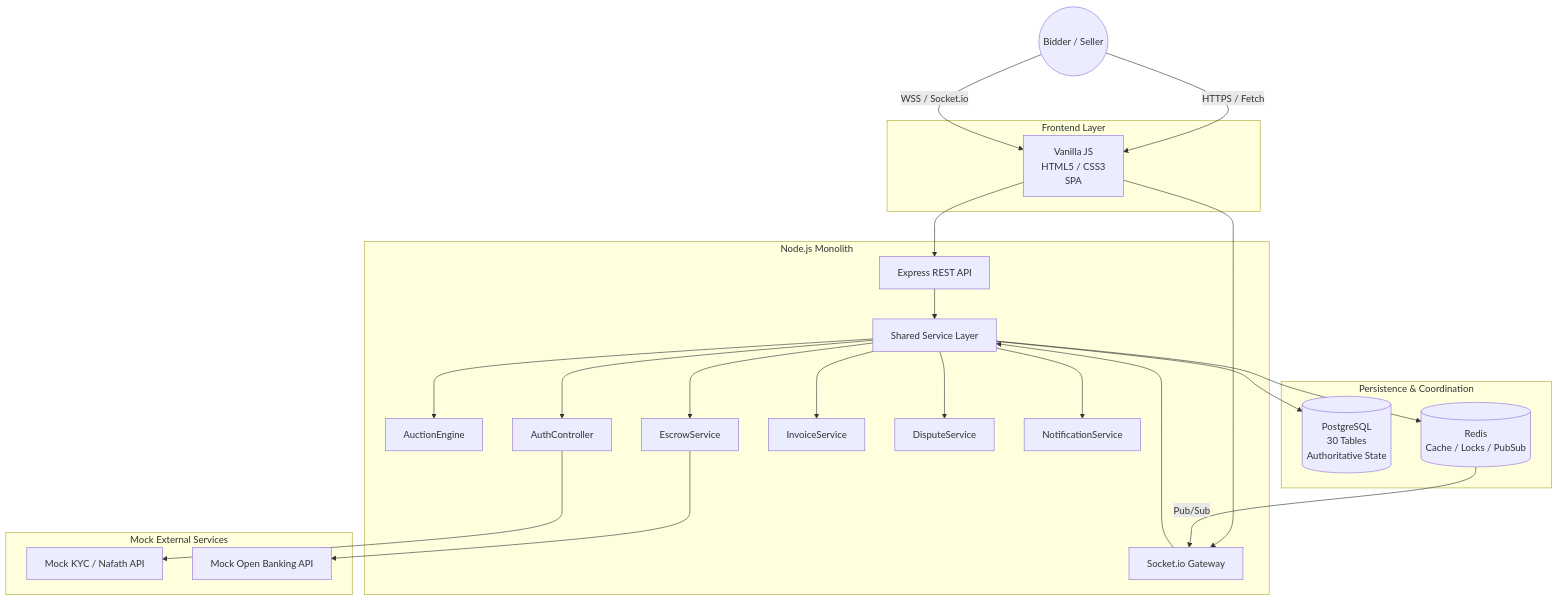
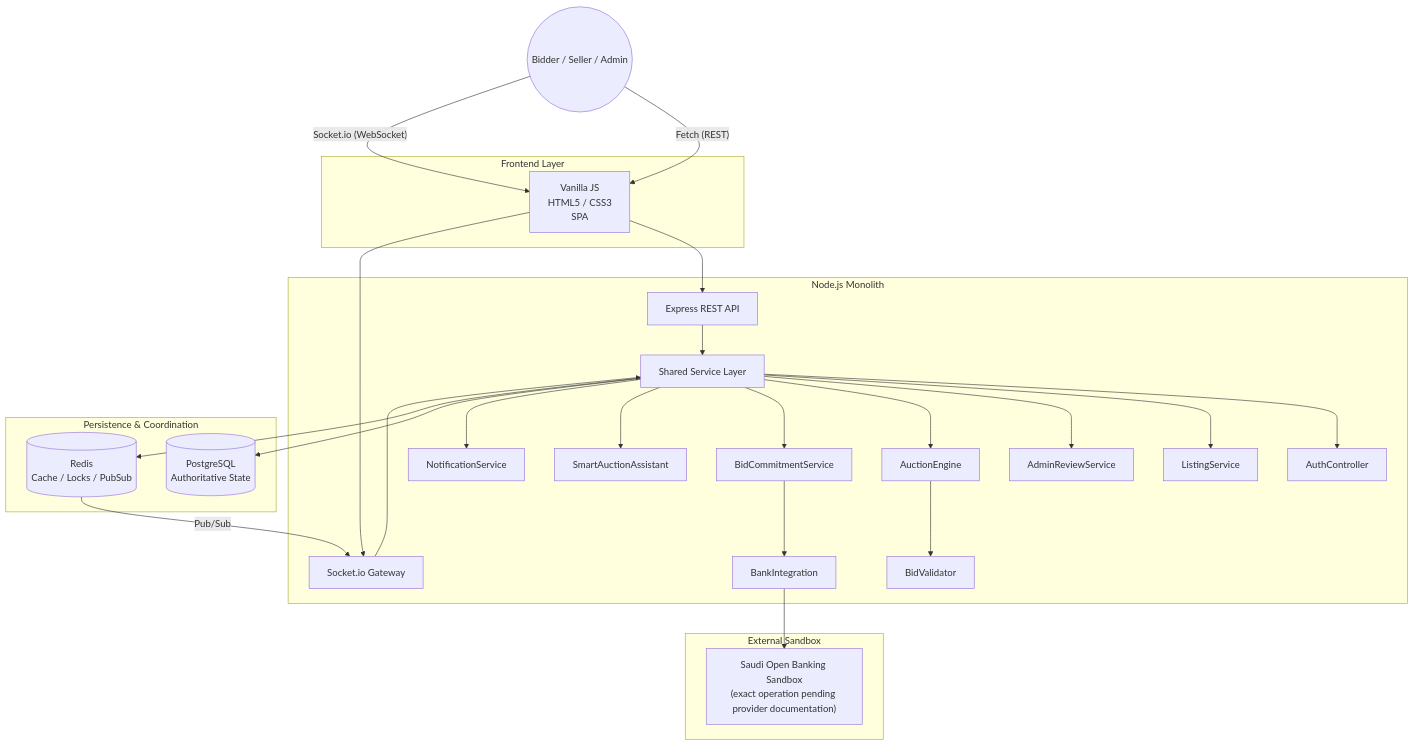
One commit to ghadi0alzhrani0/Mezyad changed the first of 12 diagrams in Stage_3/Report.MD. Above: the diagram before and after it, drawn with Mermaid. The commit also changed other lines of this file, not shown here.

````diff
--- a/Stage_3/Report.MD
+++ b/Stage_3/Report.MD
@@ -53,43 +86,47 @@
 ```mermaid
 flowchart TD
-    User((Bidder / Seller))
+    User((Bidder / Seller / Admin))
     subgraph Frontend["Frontend Layer"]
         UI["Vanilla JS<br/>HTML5 / CSS3<br/>SPA"]
     end
-    User -->|"HTTPS / Fetch"| UI
-    User -->|"WSS / Socket.io"| UI
+    User -->|"Fetch (REST)"| UI
+    User -->|"Socket.io (WebSocket)"| UI
     subgraph Backend["Node.js Monolith"]
         Express["Express REST API"]
         WS["Socket.io Gateway"]
         Services["Shared Service Layer"]
+        Auth["AuthController"]
+        Listing["ListingService"]
+        AdminReview["AdminReviewService"]
         Auction["AuctionEngine"]
-        Escrow["EscrowService"]
-        Auth["AuthController"]
-        Invoice["InvoiceService"]
-        Dispute["DisputeService"]
+        Validator["BidValidator"]
+        Commitment["BidCommitmentService"]
+        BankInt["BankIntegration"]
+        Assistant["SmartAuctionAssistant"]
         Notification["NotificationService"]
         Express --> Services
         WS --> Services
+        Services --> Auth
+        Services --> Listing
+        Services --> AdminReview
         Services --> Auction
-        Services --> Escrow
-        Services --> Auth
-        Services --> Invoice
-        Services --> Dispute
+        Services --> Commitment
+        Services --> Assistant
         Services --> Notification
+        Auction --> Validator
+        Commitment --> BankInt
     end
     UI --> Express
     UI --> WS
-    subgraph External["Mock External Services"]
-        KYC["Mock KYC / Nafath API"]
-        Bank["Mock Open Banking API"]
+    subgraph External["External Sandbox"]
+        Bank["Saudi Open Banking Sandbox<br/>(exact operation pending provider documentation)"]
     end
-    Auth --> KYC
-    Escrow --> Bank
+    BankInt --> Bank
     subgraph Data["Persistence & Coordination"]
-        PG[("PostgreSQL<br/>30 Tables<br/>Authoritative State")]
+        PG[("PostgreSQL<br/>Authoritative State")]
         Redis[("Redis<br/>Cache / Locks / PubSub")]
     end
     Services --> PG
     Services --> Redis
     Redis -->|"Pub/Sub"| WS
 ```
````
